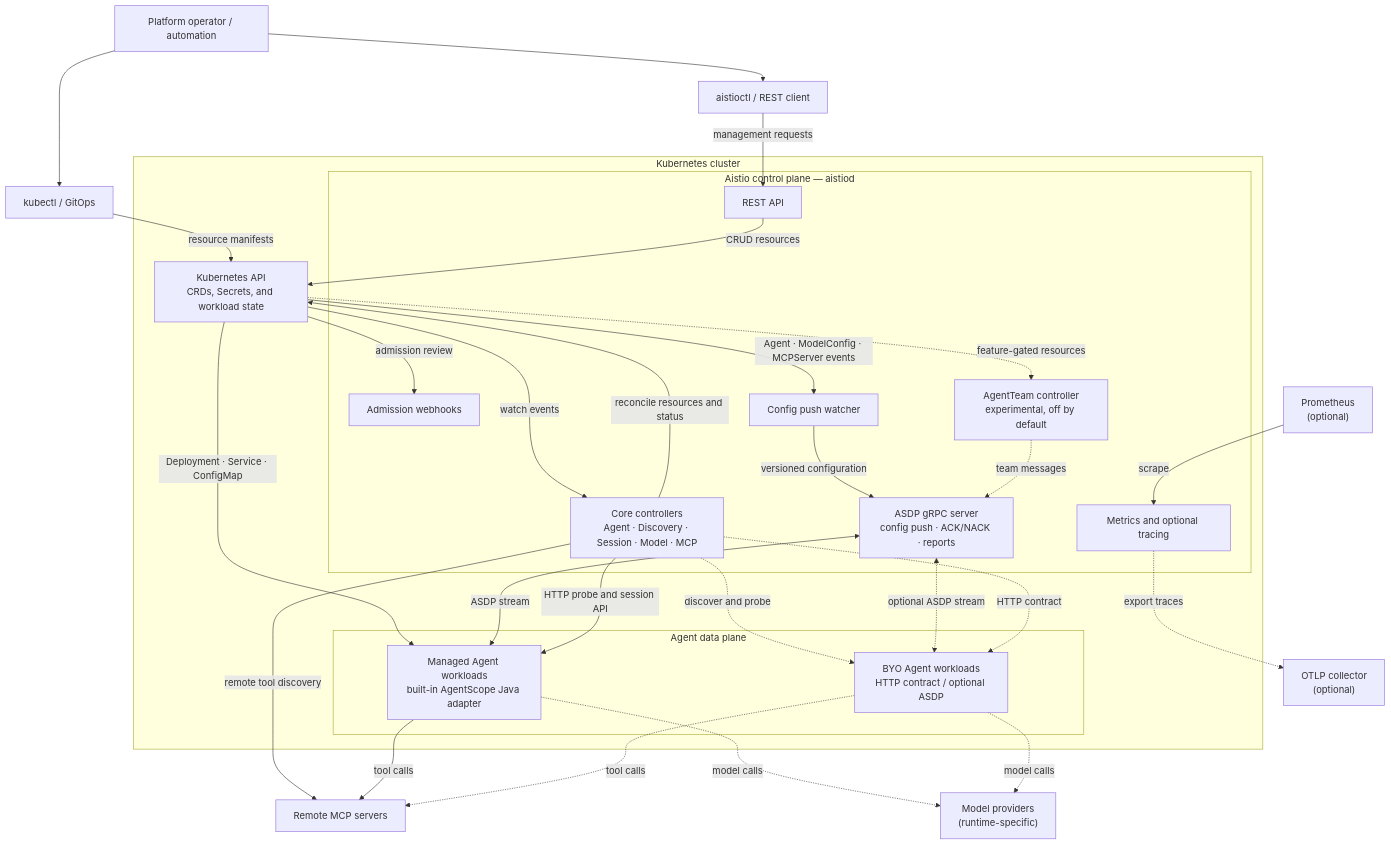
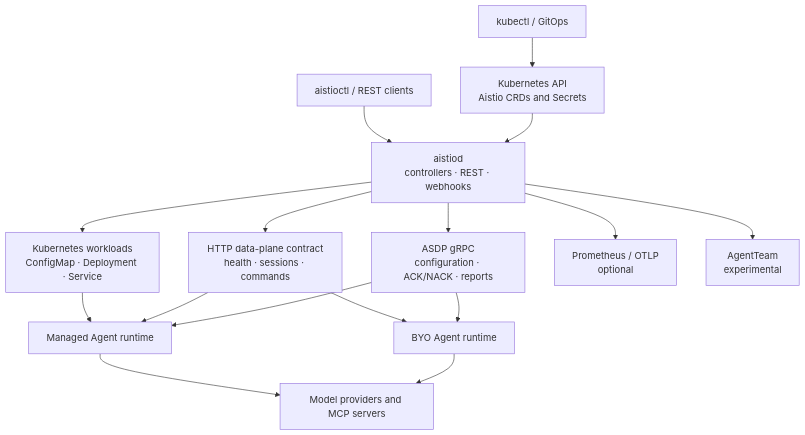
One commit to spring-ai-alibaba/aistio changed the diagram in README.md. Above: the diagram before and after it, drawn with Mermaid. The commit also changed 1 other file, not shown here.

Commit message:
docs: simplify Mermaid architecture diagrams

````diff
--- a/README.md
+++ b/README.md
@@ -59,59 +59,31 @@
 ```mermaid
 flowchart TB
-    operator["Platform operator / automation"]
-    cli["aistioctl / REST client"]
     kubectl["kubectl / GitOps"]
-    remoteMCP["Remote MCP servers"]
-    providers["Model providers<br/>(runtime-specific)"]
-    prometheus["Prometheus<br/>(optional)"]
-    otlp["OTLP collector<br/>(optional)"]
+    clients["aistioctl / REST clients"]
+    api["Kubernetes API<br/>Aistio CRDs and Secrets"]
+    control["aistiod<br/>controllers · REST · webhooks"]
+    resources["Kubernetes workloads<br/>ConfigMap · Deployment · Service"]
+    http["HTTP data-plane contract<br/>health · sessions · commands"]
+    asdp["ASDP gRPC<br/>configuration · ACK/NACK · reports"]
+    managed["Managed Agent runtime"]
+    byo["BYO Agent runtime"]
+    external["Model providers and MCP servers"]
+    observability["Prometheus / OTLP<br/>optional"]
+    team["AgentTeam<br/>experimental"]
 
-    operator --> cli
-    operator --> kubectl
-
-    subgraph cluster["Kubernetes cluster"]
-        kapi["Kubernetes API<br/>CRDs, Secrets, and workload state"]
-
-        subgraph control["Aistio control plane — aistiod"]
-            rest["REST API"]
-            webhook["Admission webhooks"]
-            controllers["Core controllers<br/>Agent · Discovery · Session · Model · MCP"]
-            watcher["Config push watcher"]
-            asdp["ASDP gRPC server<br/>config push · ACK/NACK · reports"]
-            team["AgentTeam controller<br/>experimental, off by default"]
-            telemetry["Metrics and optional tracing"]
-        end
-
-        subgraph dataplane["Agent data plane"]
-            managed["Managed Agent workloads<br/>built-in AgentScope Java adapter"]
-            byo["BYO Agent workloads<br/>HTTP contract / optional ASDP"]
-        end
-    end
-
-    cli -->|management requests| rest
-    kubectl -->|resource manifests| kapi
-    rest -->|CRUD resources| kapi
-    kapi -->|admission review| webhook
-    kapi -->|watch events| controllers
-    controllers -->|reconcile resources and status| kapi
-    kapi -->|Deployment · Service · ConfigMap| managed
-    controllers -.->|discover and probe| byo
-
-    kapi -->|Agent · ModelConfig · MCPServer events| watcher
-    watcher -->|versioned configuration| asdp
-    asdp <-->|ASDP stream| managed
-    asdp <-.->|optional ASDP stream| byo
-    controllers -->|HTTP probe and session API| managed
-    controllers -.->|HTTP contract| byo
-
-    controllers -->|remote tool discovery| remoteMCP
-    managed -->|tool calls| remoteMCP
-    byo -.->|tool calls| remoteMCP
-    managed -.->|model calls| providers
-    byo -.->|model calls| providers
-
-    kapi -.->|feature-gated resources| team
-    team -.->|team messages| asdp
-    prometheus -->|scrape| telemetry
-    telemetry -.->|export traces| otlp
+    kubectl --> api
+    clients --> control
+    api --> control
+    control --> resources
+    resources --> managed
+    control --> http
+    http --> managed
+    http --> byo
+    control --> asdp
+    asdp --> managed
+    asdp --> byo
+    managed --> external
+    byo --> external
+    control --> observability
+    control --> team
 ```
````
